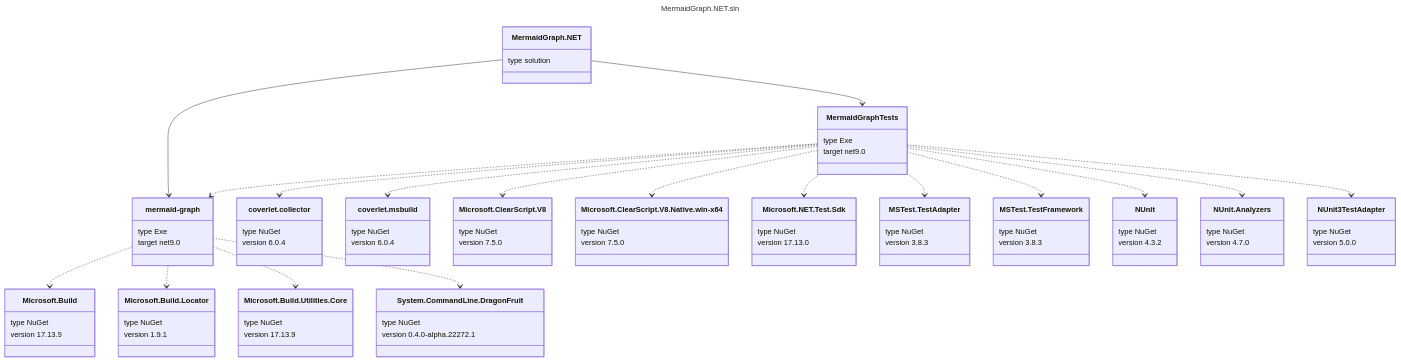
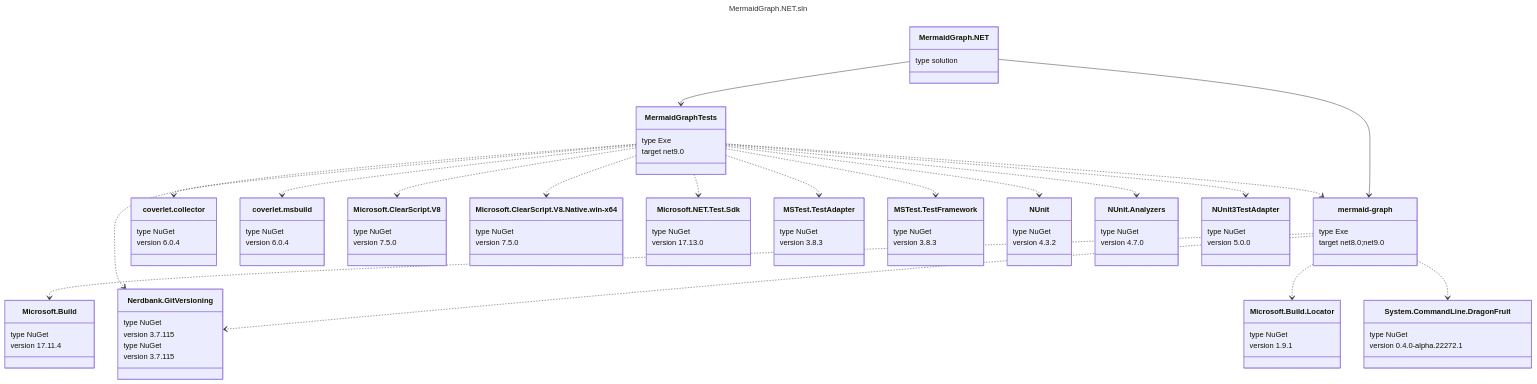
The diagram in README.md (A9G-Data-Droid/MermaidGraph.NET), drawn with Mermaid before and after one commit.

Commit message:
Update readme with new diagram

```diff
--- a/README.md
+++ b/README.md
@@ -51,11 +51,16 @@
     MermaidGraph.NET --> mermaid-graph
     class mermaid-graph{
         type Exe
-        target net9.0
+        target net8.0;net9.0
     }
+    class Nerdbank.GitVersioning{
+        type NuGet
+        version 3.7.115
+    }
+    mermaid-graph ..> Nerdbank.GitVersioning
     class Microsoft.Build{
         type NuGet
-        version 17.13.9
+        version 17.11.4
     }
     mermaid-graph ..> Microsoft.Build
     class Microsoft.Build.Locator{
@@ -63,11 +68,6 @@
         version 1.9.1
     }
     mermaid-graph ..> Microsoft.Build.Locator
-    class Microsoft.Build.Utilities.Core{
-        type NuGet
-        version 17.13.9
-    }
-    mermaid-graph ..> Microsoft.Build.Utilities.Core
     class System.CommandLine.DragonFruit{
         type NuGet
         version 0.4.0-alpha.22272.1
@@ -79,6 +79,11 @@
         target net9.0
     }
     MermaidGraphTests ..> mermaid-graph
+    class Nerdbank.GitVersioning{
+        type NuGet
+        version 3.7.115
+    }
+    MermaidGraphTests ..> Nerdbank.GitVersioning
     class coverlet.collector{
         type NuGet
         version 6.0.4
```
